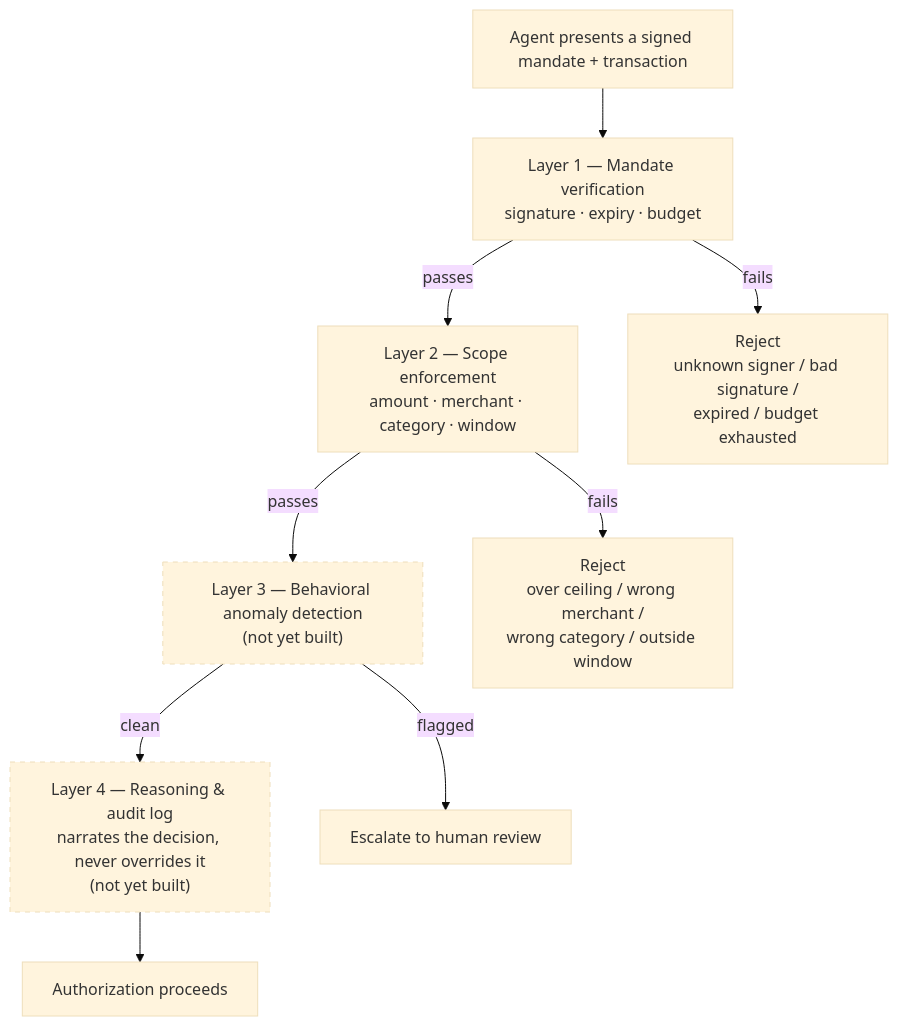
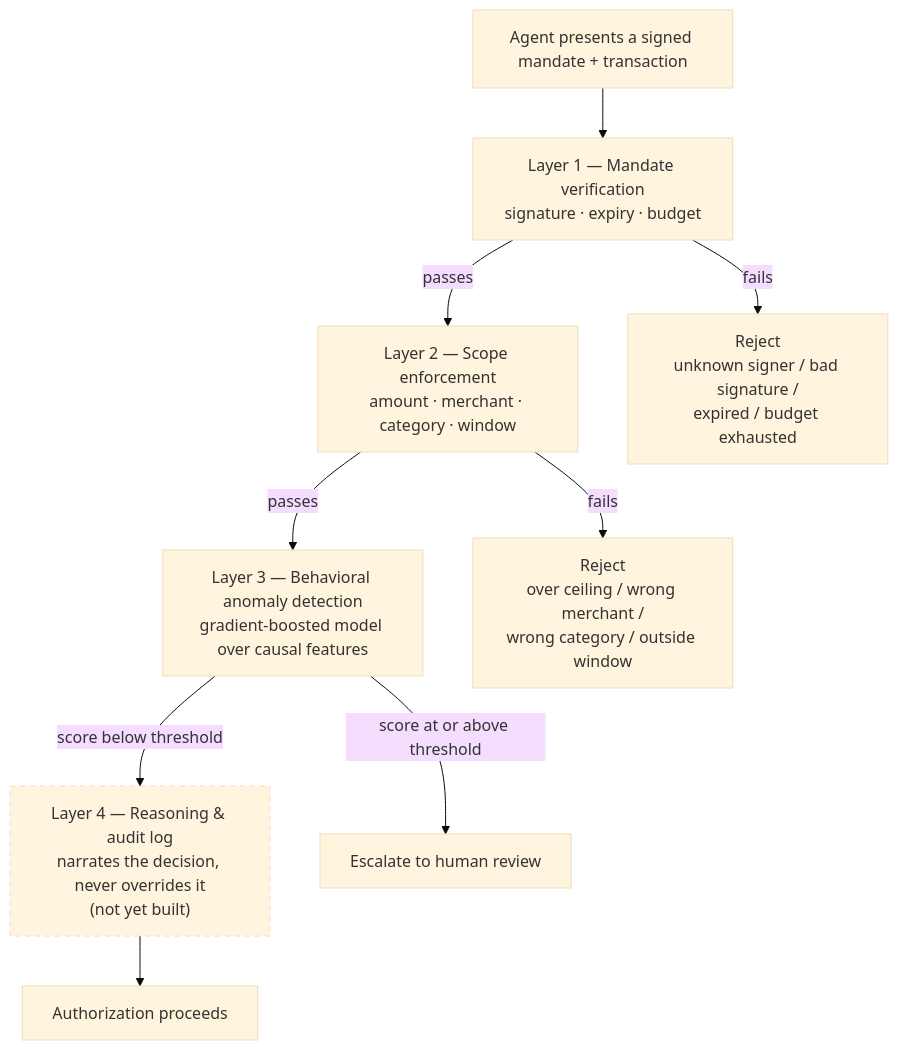
One commit to cfcmadlad/agentic-commerce-sentinel changed the first of 2 diagrams in README.md. Above: the diagram before and after it, drawn with Mermaid (base theme). The commit also changed other lines of this file, not shown here.

````diff
--- a/README.md
+++ b/README.md
@@ -74,18 +74,17 @@
 ```mermaid
 flowchart TD
     A["Agent presents a signed mandate + transaction"] --> L1
 
     L1["Layer 1 — Mandate verification\nsignature · expiry · budget"] -->|passes| L2
     L1 -->|fails| R1["Reject\nunknown signer / bad signature /\nexpired / budget exhausted"]
 
     L2["Layer 2 — Scope enforcement\namount · merchant · category · window"] -->|passes| L3
     L2 -->|fails| R2["Reject\nover ceiling / wrong merchant /\nwrong category / outside window"]
 
-    L3["Layer 3 — Behavioral anomaly detection\n(not yet built)"] -->|clean| L4
-    L3 -->|flagged| ESC["Escalate to human review"]
+    L3["Layer 3 — Behavioral anomaly detection\ngradient-boosted model over causal features"] -->|score below threshold| L4
+    L3 -->|score at or above threshold| ESC["Escalate to human review"]
 
     L4["Layer 4 — Reasoning & audit log\nnarrates the decision, never overrides it\n(not yet built)"] --> OUT["Authorization proceeds"]
 
-    style L3 stroke-dasharray: 5 5
     style L4 stroke-dasharray: 5 5
 ```
````
